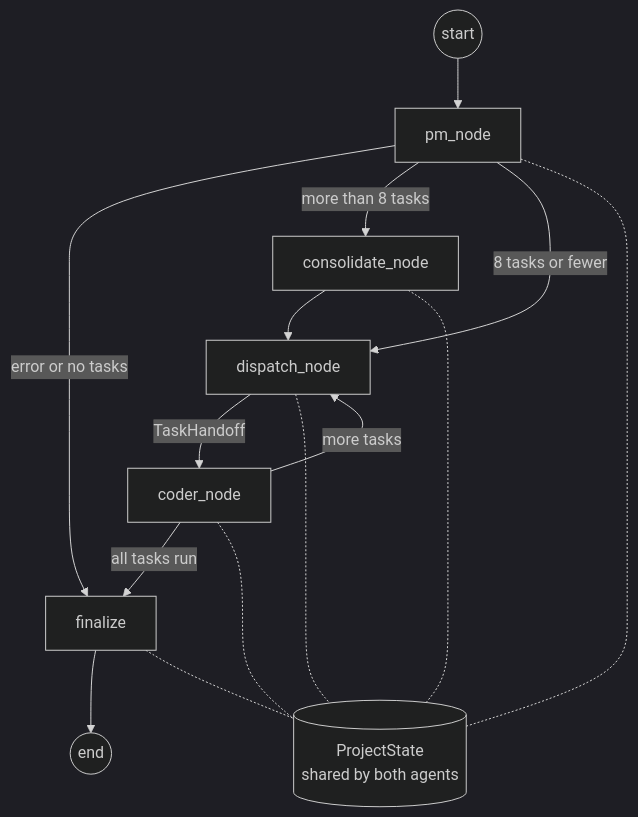
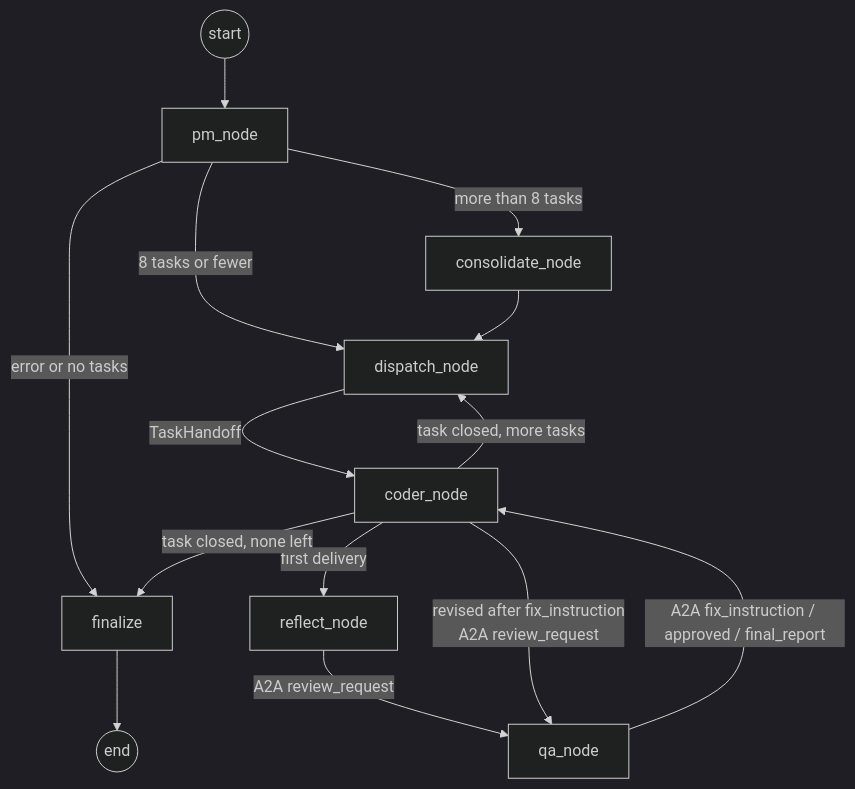
The second of 2 diagrams in README.md (darwinz/multi-agent-dev-team), drawn with Mermaid (dark theme) before and after one commit. The commit also changed 8 other files, not shown here.

First line of the commit message:
feat(team): Coder ↔ QA review loop over A2A with self-reflection before QA

````diff
--- a/README.md
+++ b/README.md
@@ -121,18 +121,16 @@
 ```mermaid
 flowchart TD
     START((start)) --> pm_node
     pm_node -->|"error or no tasks"| finalize
     pm_node -->|"more than 8 tasks"| consolidate_node
     pm_node -->|"8 tasks or fewer"| dispatch_node
     consolidate_node --> dispatch_node
     dispatch_node -->|"TaskHandoff"| coder_node
-    coder_node -->|"more tasks"| dispatch_node
-    coder_node -->|"all tasks run"| finalize
+    coder_node -->|"first delivery"| reflect_node
+    reflect_node -->|"A2A review_request"| qa_node
+    coder_node -->|"revised after fix_instruction<br/>A2A review_request"| qa_node
+    qa_node -->|"A2A fix_instruction / approved / final_report"| coder_node
+    coder_node -->|"task closed, more tasks"| dispatch_node
+    coder_node -->|"task closed, none left"| finalize
     finalize --> END((end))
-    PS[("ProjectState<br/>shared by both agents")]
-    pm_node -.- PS
-    consolidate_node -.- PS
-    dispatch_node -.- PS
-    coder_node -.- PS
-    finalize -.- PS
 ```
````
